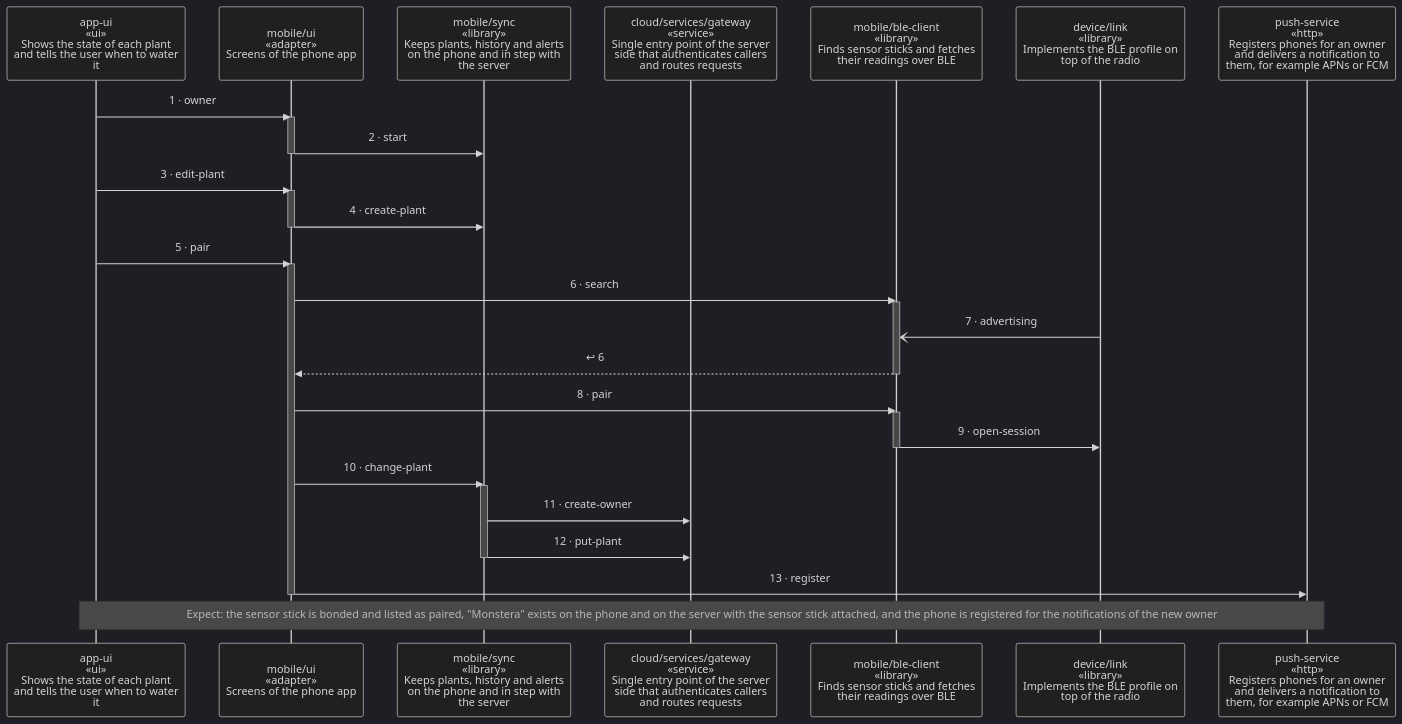
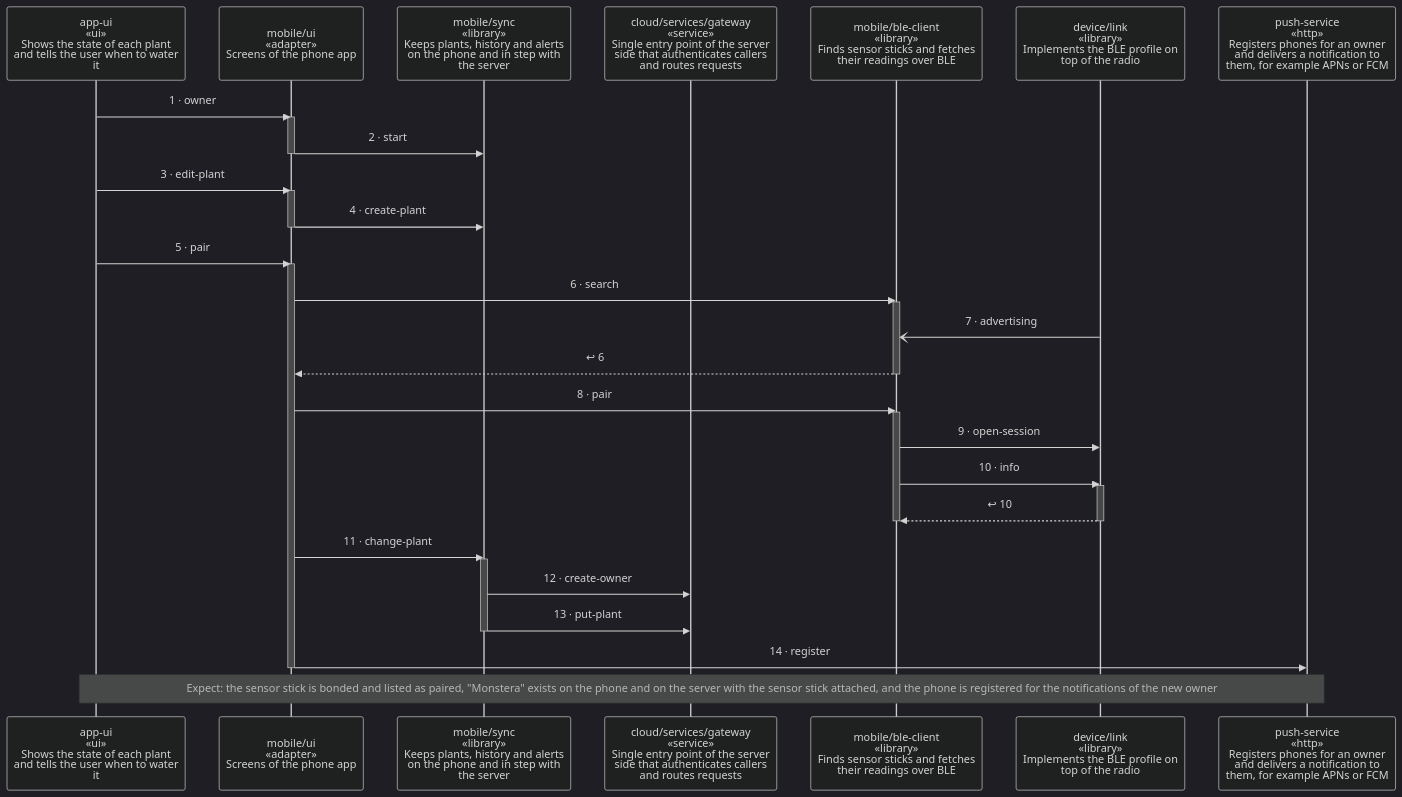
Before and after one commit to wackazong/unifold: the diagram in examples/plantwatch/docs/diagrams/scenario-first-plant.md, drawn with Mermaid (dark theme). The commit also changed other lines of this file and 2 other files, not shown here.

Commit message:
docs(examples): let the phone read Info from the sensor stick in first-plant
After open-session the stick answered nothing in the picture. Pairing
reads Info to check the profile version and the sensor id, so the story
has that query as step 10, and the diagram draws the stick's answer back
to the phone.

````diff
--- a/examples/plantwatch/docs/diagrams/scenario-first-plant.md
+++ b/examples/plantwatch/docs/diagrams/scenario-first-plant.md
@@ -12,42 +12,46 @@
 ```mermaid
 ---
 config:
   sequence:
     height: 108
 ---
 sequenceDiagram
   participant papp_dui as app-ui<br/>«ui»<br/>Shows the state of each plant<br/>and tells the user when to water<br/>it
   participant pmobile__ui as mobile/ui<br/>«adapter»<br/>Screens of the phone app
   participant pmobile__sync as mobile/sync<br/>«library»<br/>Keeps plants, history and alerts<br/>on the phone and in step with<br/>the server
   participant pcloud__services__gateway as cloud/services/gateway<br/>«service»<br/>Single entry point of the server<br/>side that authenticates callers<br/>and routes requests
   participant pmobile__ble_dclient as mobile/ble-client<br/>«library»<br/>Finds sensor sticks and fetches<br/>their readings over BLE
   participant pdevice__link as device/link<br/>«library»<br/>Implements the BLE profile on<br/>top of the radio
   participant ppush_dservice as push-service<br/>«http»<br/>Registers phones for an owner<br/>and delivers a notification to<br/>them, for example APNs or FCM
   papp_dui->>pmobile__ui: 1 · owner
   activate pmobile__ui
   pmobile__ui->>pmobile__sync: 2 · start
   deactivate pmobile__ui
   papp_dui->>pmobile__ui: 3 · edit-plant
   activate pmobile__ui
   pmobile__ui->>pmobile__sync: 4 · create-plant
   deactivate pmobile__ui
   papp_dui->>pmobile__ui: 5 · pair
   activate pmobile__ui
   pmobile__ui->>pmobile__ble_dclient: 6 · search
   activate pmobile__ble_dclient
   pdevice__link-)pmobile__ble_dclient: 7 · advertising
   pmobile__ble_dclient-->>pmobile__ui: ↩ 6
   deactivate pmobile__ble_dclient
   pmobile__ui->>pmobile__ble_dclient: 8 · pair
   activate pmobile__ble_dclient
   pmobile__ble_dclient->>pdevice__link: 9 · open-session
+  pmobile__ble_dclient->>pdevice__link: 10 · info
+  activate pdevice__link
+  pdevice__link-->>pmobile__ble_dclient: ↩ 10
+  deactivate pdevice__link
   deactivate pmobile__ble_dclient
-  pmobile__ui->>pmobile__sync: 10 · change-plant
+  pmobile__ui->>pmobile__sync: 11 · change-plant
   activate pmobile__sync
-  pmobile__sync->>pcloud__services__gateway: 11 · create-owner
-  pmobile__sync->>pcloud__services__gateway: 12 · put-plant
+  pmobile__sync->>pcloud__services__gateway: 12 · create-owner
+  pmobile__sync->>pcloud__services__gateway: 13 · put-plant
   deactivate pmobile__sync
-  pmobile__ui->>ppush_dservice: 13 · register
+  pmobile__ui->>ppush_dservice: 14 · register
   deactivate pmobile__ui
   Note over papp_dui,ppush_dservice: wrap: Expect: the sensor stick is bonded and listed as paired, #quot;Monstera#quot; exists on the phone and on the server with the sensor stick attached, and the phone is registered for the notifications of the new owner
 ```
````
